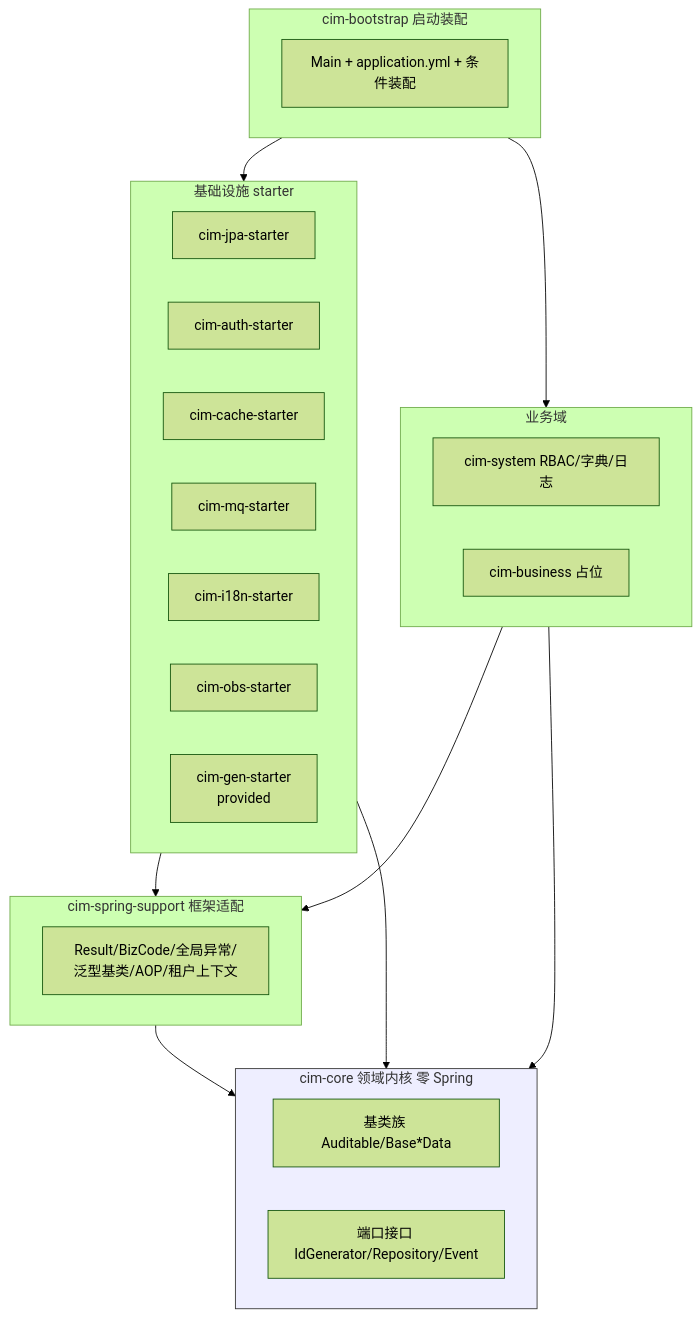
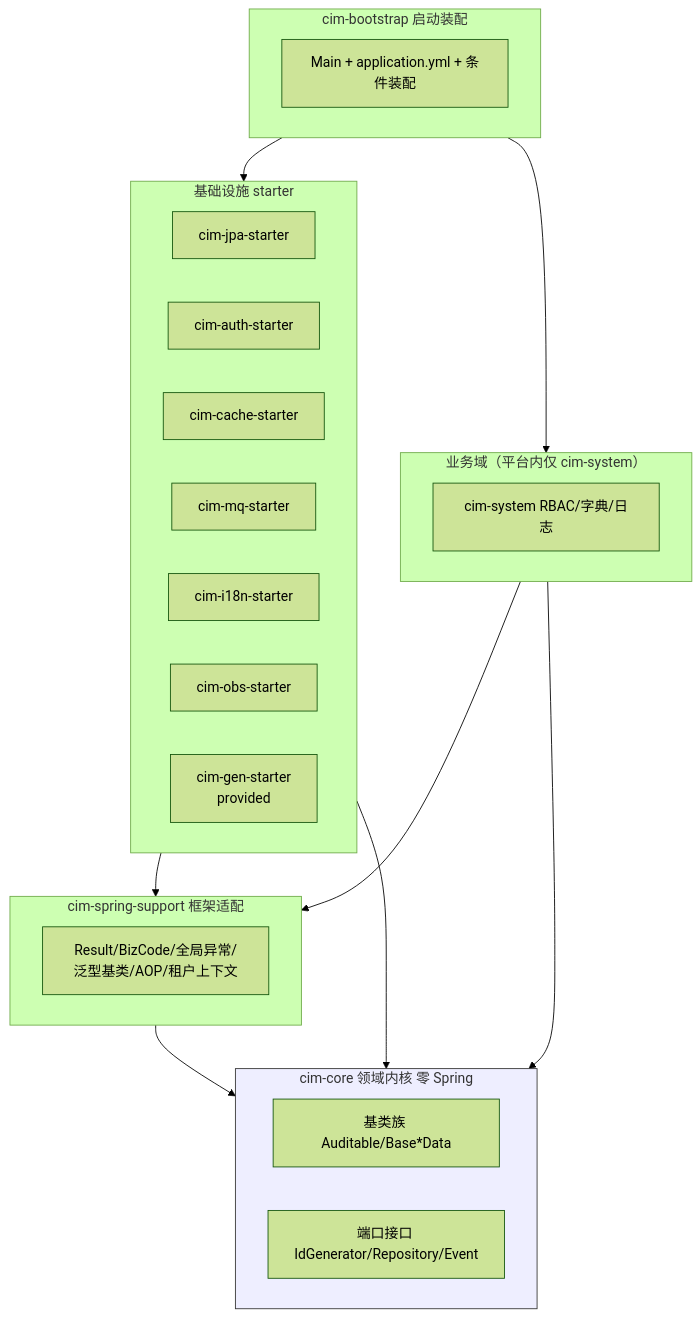
One commit to steven1213/cim-ap changed the first of 2 diagrams in docs/platform/server/design.md. Above: the diagram before and after it, drawn with Mermaid (forest theme). The commit also changed other lines of this file and 5 other files, not shown here.

First line of the commit message:
docs(platform): 同步分层图、SQL 日志、配置键约定与模块清单

````diff
--- a/docs/platform/server/design.md
+++ b/docs/platform/server/design.md
@@ -35,34 +35,33 @@
 ```mermaid
 flowchart TB
   subgraph boot[cim-bootstrap 启动装配]
     MAIN[Main + application.yml + 条件装配]
   end
   subgraph infra[基础设施 starter]
     JPA[cim-jpa-starter] 
     AUTH[cim-auth-starter]
     CACHE[cim-cache-starter]
     MQ[cim-mq-starter]
     I18N[cim-i18n-starter]
     OBS[cim-obs-starter]
     GEN[cim-gen-starter<br/>provided]
   end
   subgraph supt[cim-spring-support 框架适配]
     WEB[Result/BizCode/全局异常/泛型基类/AOP/租户上下文]
   end
   subgraph dom[cim-core 领域内核 零 Spring]
     MODEL[基类族 Auditable/Base*Data]
     PORT[端口接口 IdGenerator/Repository/Event]
   end
-  subgraph biz[业务域]
+  subgraph biz[业务域（平台内仅 cim-system）]
     SYS[cim-system RBAC/字典/日志]
-    BIZ[cim-business 占位]
   end
   boot --> infra
   boot --> biz
   infra --> supt
   supt --> dom
   biz --> supt
   biz --> dom
   infra --> dom
   style dom fill:#eef,stroke:#333
 ```
````
